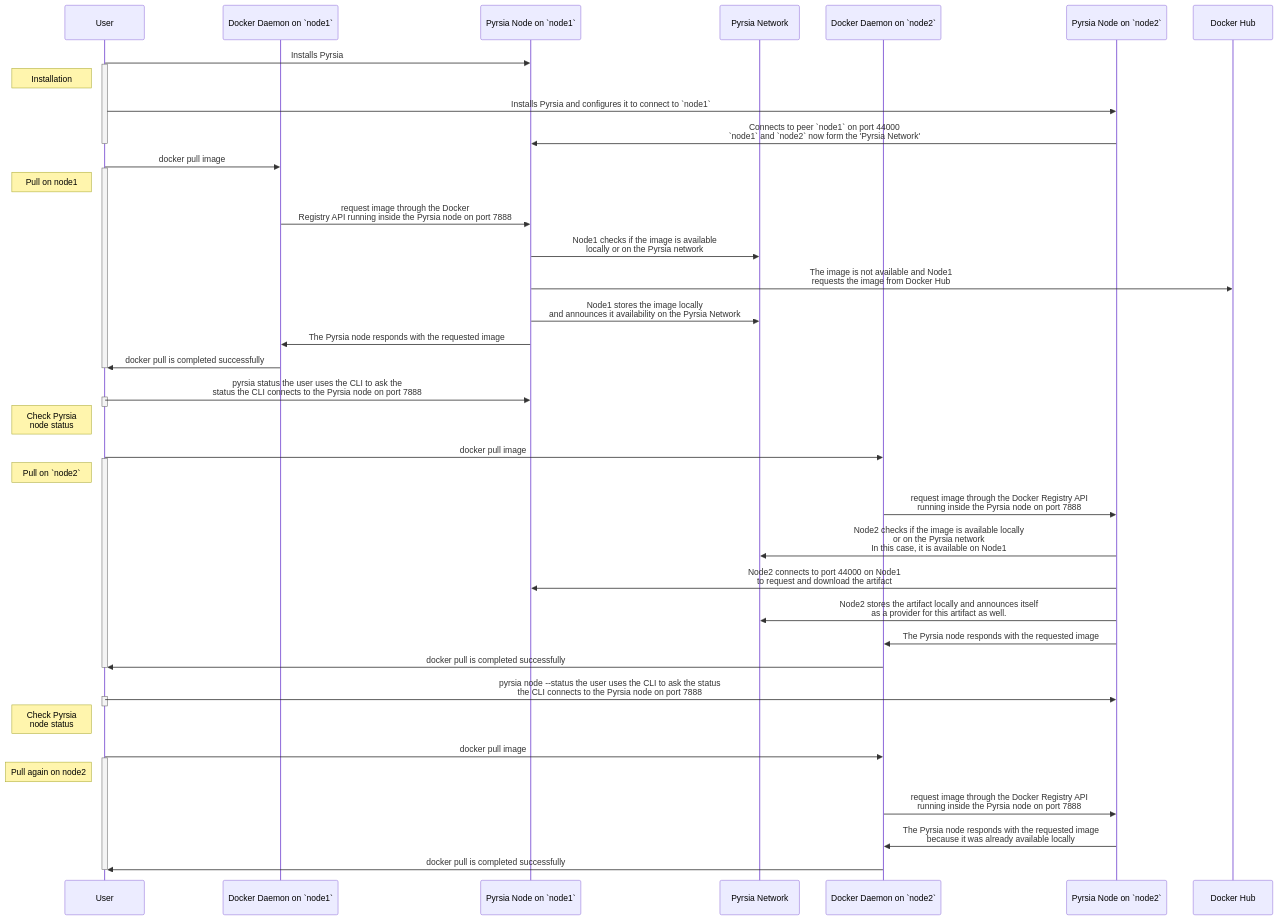
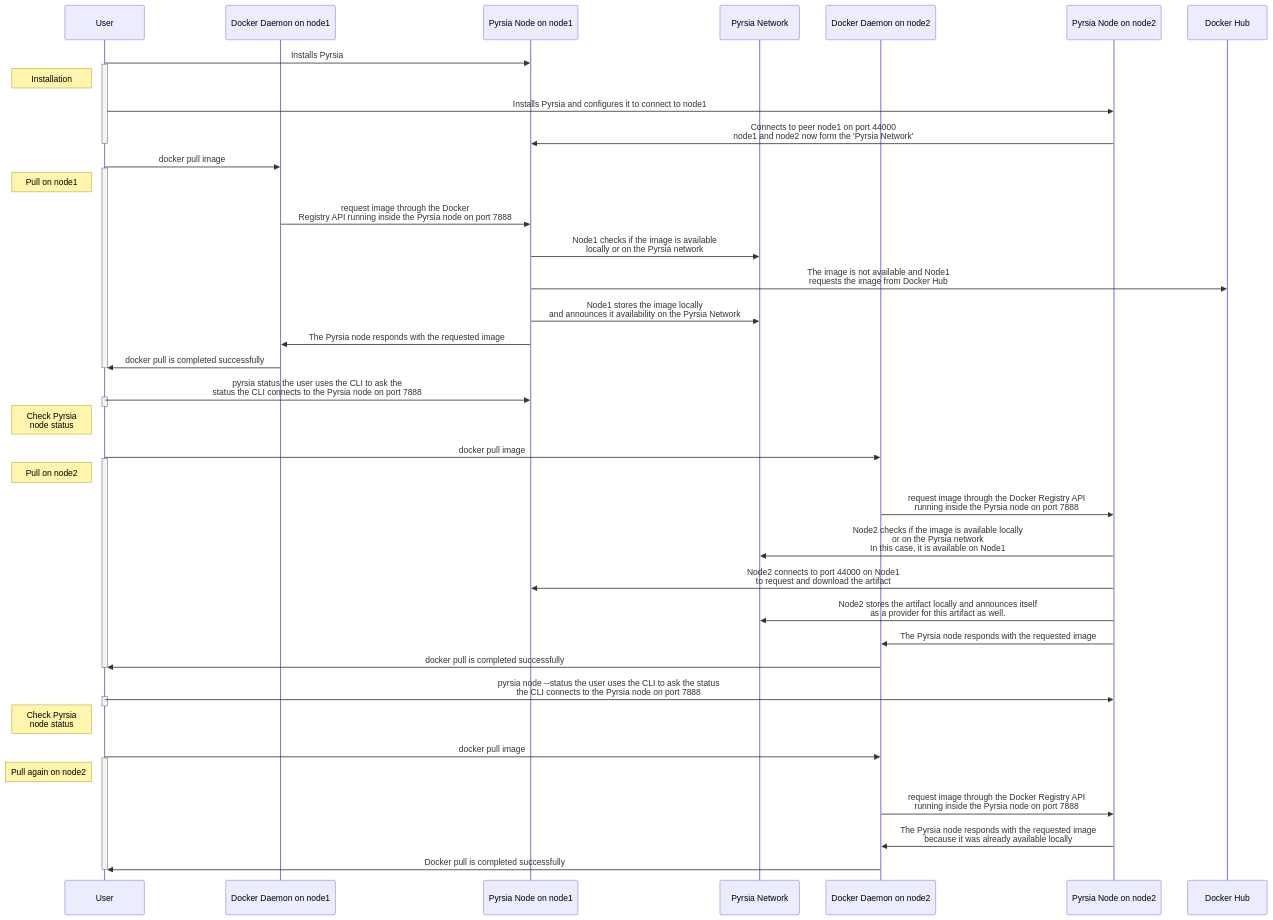
The second of 2 diagrams in docs/tutorials/demo.md (pyrsia/pyrsia), drawn with Mermaid before and after one commit.

Commit message:
Remove codefences which Mermaid chokes on

````diff
--- a/docs/tutorials/demo.md
+++ b/docs/tutorials/demo.md
@@ -54,63 +54,63 @@
 ```mermaid
 sequenceDiagram
 participant User as User
-participant Docker1 as Docker Daemon on `node1`
-participant Node1 as Pyrsia Node on `node1`
+participant Docker1 as Docker Daemon on node1
+participant Node1 as Pyrsia Node on node1
 participant PNW as Pyrsia Network
-participant Docker2 as Docker Daemon on `node2`
-participant Node2 as Pyrsia Node on `node2`
+participant Docker2 as Docker Daemon on node2
+participant Node2 as Pyrsia Node on node2
 participant DockerHub as Docker Hub
 
 User ->> Node1: Installs Pyrsia
 activate User
 note left of User: Installation
-User ->> Node2: Installs Pyrsia and configures it to connect to `node1`
+User ->> Node2: Installs Pyrsia and configures it to connect to node1
 
-Node2 ->> Node1: Connects to peer `node1` on port 44000<br>`node1` and `node2` now form the 'Pyrsia Network'
+Node2 ->> Node1: Connects to peer node1 on port 44000<br>node1 and node2 now form the 'Pyrsia Network'
 
 deactivate User
 
 
 User ->> Docker1: docker pull image
 activate User
 note left of User: Pull on node1
 Docker1 ->> Node1: request image through the Docker<br>Registry API running inside the Pyrsia node on port 7888
 Node1 ->> PNW: Node1 checks if the image is available<br>locally or on the Pyrsia network
 Node1 ->> DockerHub: The image is not available and Node1<br>requests the image from Docker Hub
 Node1 ->> PNW: Node1 stores the image locally<br>and announces it availability on the Pyrsia Network
 Node1 ->> Docker1: The Pyrsia node responds with the requested image
 Docker1 ->> User: docker pull is completed successfully
 deactivate User
 
 User ->> Node1: pyrsia status the user uses the CLI to ask the<br>status the CLI connects to the Pyrsia node on port 7888
 activate User
 deactivate User
 note left of User: Check Pyrsia<br>node status
 
 User ->> Docker2: docker pull image
 activate User
-note left of User: Pull on `node2`
+note left of User: Pull on node2
 Docker2 ->> Node2: request image through the Docker Registry API<br>running inside the Pyrsia node on port 7888
 
 Node2 ->> PNW: Node2 checks if the image is available locally<br>or on the Pyrsia network<br>In this case, it is available on Node1
 
 Node2 ->> Node1: Node2 connects to port 44000 on Node1<br>to request and download the artifact
 Node2 ->> PNW: Node2 stores the artifact locally and announces itself<br>as a provider for this artifact as well.
 Node2 ->> Docker2: The Pyrsia node responds with the requested image
 Docker2 ->> User: docker pull is completed successfully
 deactivate User
 
 User ->> Node2: pyrsia node --status the user uses the CLI to ask the status<br>the CLI connects to the Pyrsia node on port 7888
 activate User
 deactivate User
 note left of User: Check Pyrsia<br>node status
 
 
 User ->> Docker2: docker pull image
 activate User
 note left of User: Pull again on node2
 Docker2 ->> Node2: request image through the Docker Registry API<br>running inside the Pyrsia node on port 7888
 Node2 ->> Docker2: The Pyrsia node responds with the requested image<br>because it was already available locally
-Docker2 ->> User: docker pull is completed successfully
+Docker2 ->> User: Docker pull is completed successfully
 deactivate User
 ```
````
